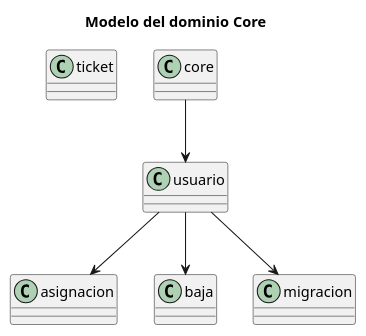
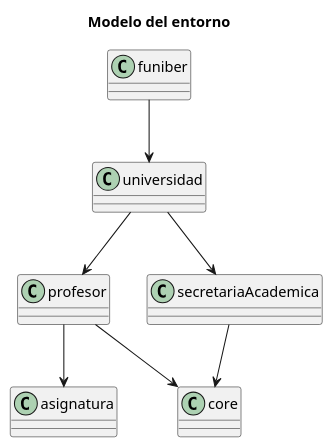
Before and after one commit to mmasias/23-24-IdSw1-SDR: the diagram in modelosUML/ModeloDelDominio_Sergio1.puml, drawn with PlantUML. The commit also changed 1 other file, not shown here.

Commit message:
update modelodomino CORE

```diff
--- a/modelosUML/ModeloDelDominio_Sergio1.puml
+++ b/modelosUML/ModeloDelDominio_Sergio1.puml
@@ -1,12 +1,13 @@
 @startuml
 'https://plantuml.com/sequence-diagram
-title Modelo del dominio Core
+title Modelo del entorno
 
-class ticket
- 
-core --> usuario
-usuario --> asignacion
-usuario --> baja
-usuario --> migracion
+class profesor
+funiber --> universidad 
+profesor --> asignatura 
+universidad --> profesor 
+universidad --> secretariaAcademica
+profesor --> core 
+secretariaAcademica --> core 
 
 @enduml
```
